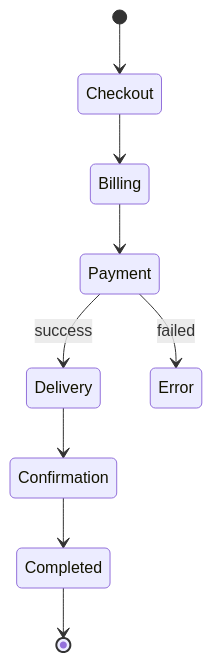
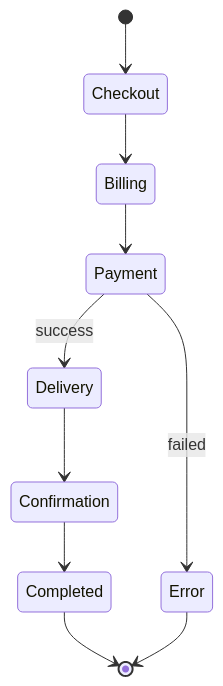
Before and after one commit to mojitoinc/mojito-mixer-v2: the diagram in architecture/architecture-state.mmd, drawn with Mermaid. The commit also changed 2 other files, not shown here.

Commit message:
arch diagram

```diff
--- a/architecture/architecture-state.mmd
+++ b/architecture/architecture-state.mmd
@@ -1,10 +1,11 @@
 stateDiagram
     [*] --> Checkout
     Checkout --> Billing
     Billing --> Payment
     
     Payment --> Delivery: success
     Payment --> Error : failed
     Delivery --> Confirmation
     Confirmation --> Completed
     Completed --> [*]
+    Error --> [*]
```
